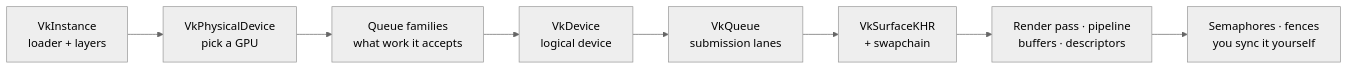
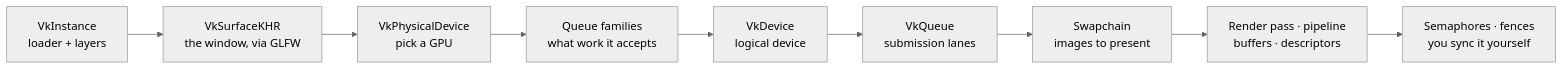
The first of 2 diagrams in guides/space-fighter-vulkan/docs/02-vulkan-fundamentals.md (erancihan/erancihan), drawn with Mermaid (neutral theme) before and after one commit. The commit also changed other lines of this file and 17 other files, not shown here.

````diff
--- a/guides/space-fighter-vulkan/docs/02-vulkan-fundamentals.md
+++ b/guides/space-fighter-vulkan/docs/02-vulkan-fundamentals.md
@@ -23,10 +23,11 @@
 ```mermaid
 flowchart LR
-  I[VkInstance<br/>loader + layers] --> P[VkPhysicalDevice<br/>pick a GPU]
+  I[VkInstance<br/>loader + layers] --> SF[VkSurfaceKHR<br/>the window, via GLFW]
+  SF --> P[VkPhysicalDevice<br/>pick a GPU]
   P --> Q[Queue families<br/>what work it accepts]
   Q --> D[VkDevice<br/>logical device]
   D --> QU[VkQueue<br/>submission lanes]
-  QU --> S[VkSurfaceKHR<br/>+ swapchain]
-  S --> R[Render pass · pipeline<br/>buffers · descriptors]
+  QU --> SW[Swapchain<br/>images to present]
+  SW --> R[Render pass · pipeline<br/>buffers · descriptors]
   R --> SY[Semaphores · fences<br/>you sync it yourself]
 ```
````
